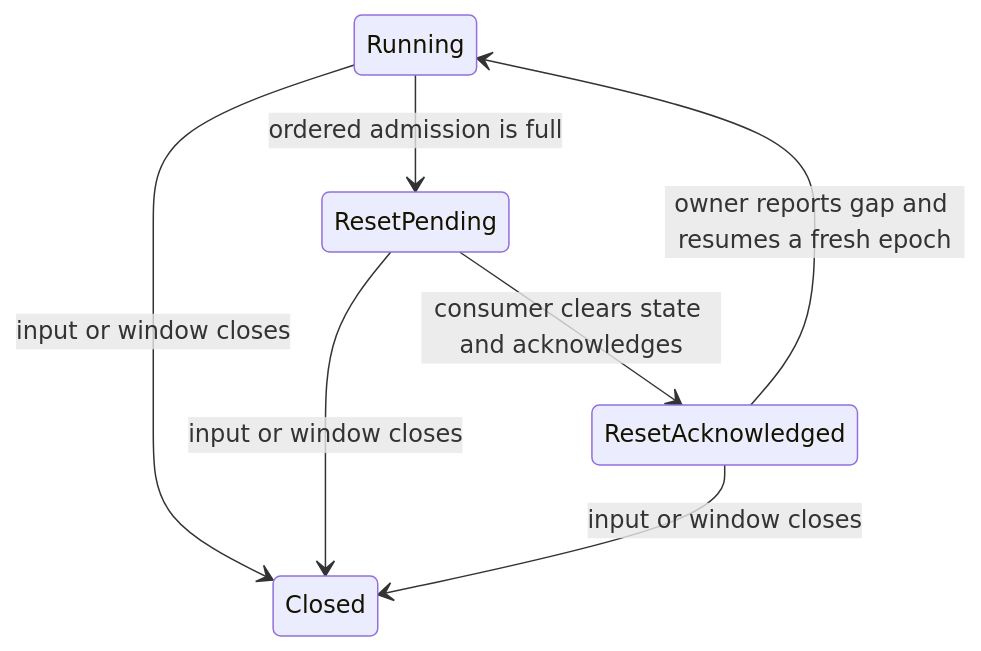
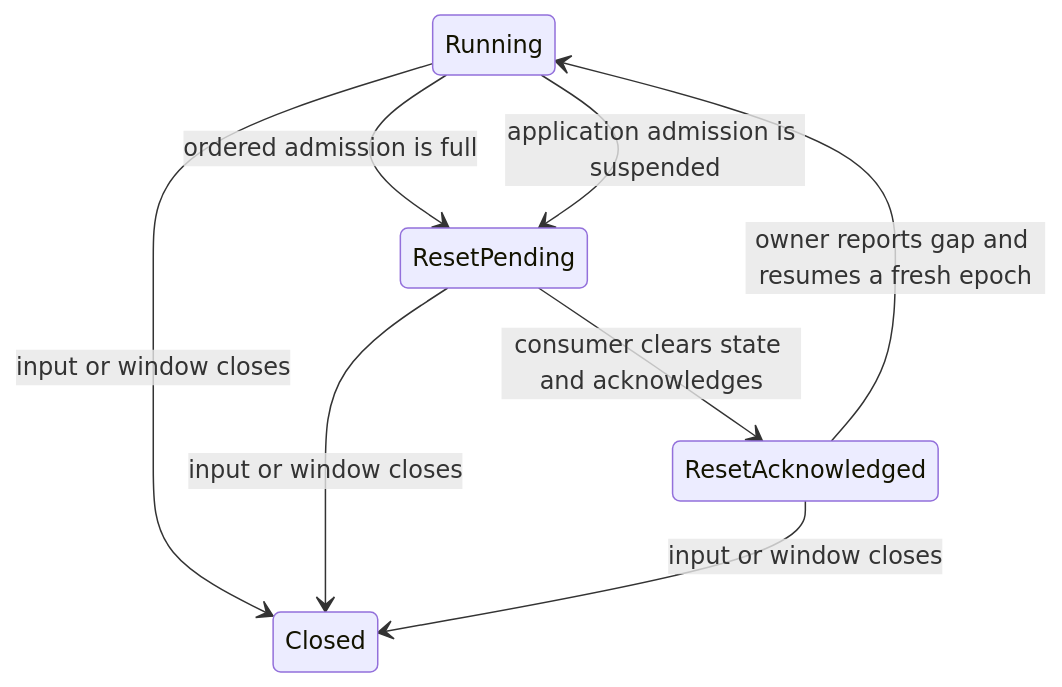
The second of 2 diagrams in docs/glfw_integration_design.md (coghex/hetoimasia), drawn with Mermaid before and after one commit. The commit also changed other lines of this file and 1 other file, not shown here.

````diff
--- a/docs/glfw_integration_design.md
+++ b/docs/glfw_integration_design.md
@@ -816,9 +869,10 @@
 ```mermaid
 stateDiagram-v2
     Running --> ResetPending: ordered admission is full
+    Running --> ResetPending: application admission is suspended
     ResetPending --> ResetAcknowledged: consumer clears state and acknowledges
     ResetAcknowledged --> Running: owner reports gap and resumes a fresh epoch
     Running --> Closed: input or window closes
     ResetPending --> Closed: input or window closes
     ResetAcknowledged --> Closed: input or window closes
 ```
````
